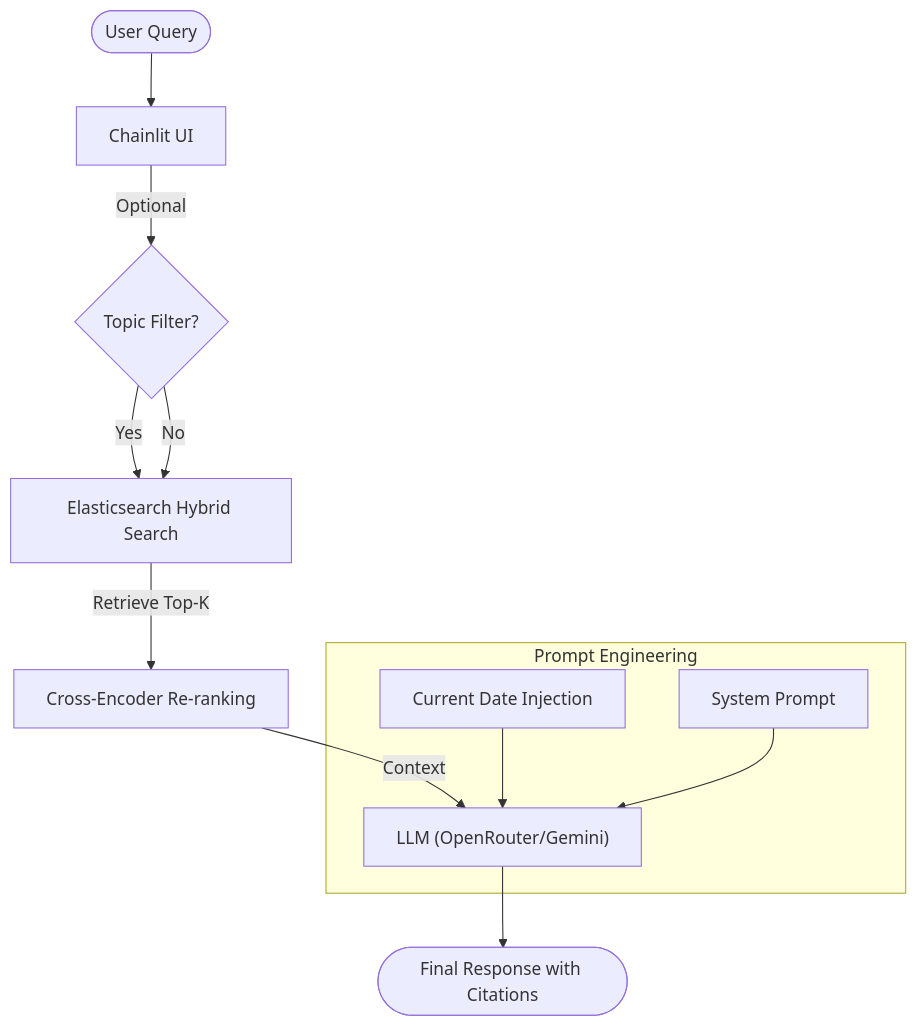
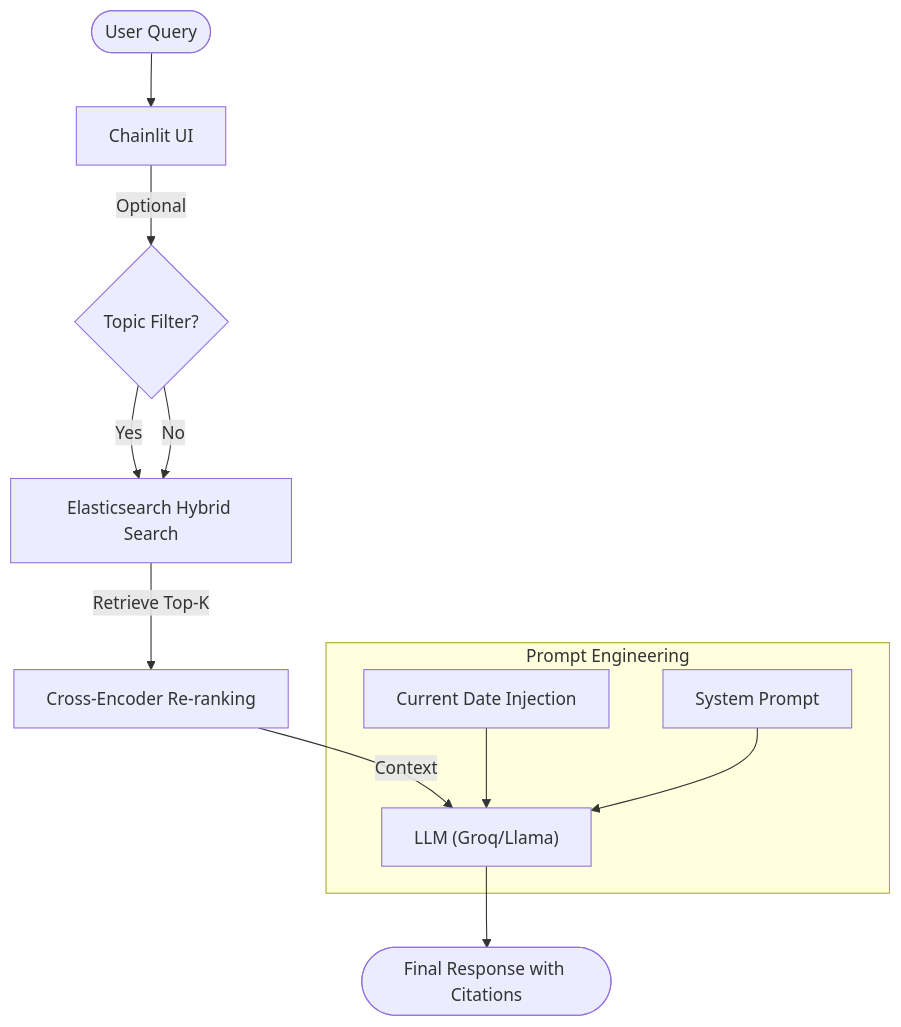
The second of 2 diagrams in README.md (blank4hd/Testudobot_UMD_Event_DialogSystem), drawn with Mermaid before and after one commit. The commit also changed other lines of this file and 29 other files, not shown here.

````diff
--- a/README.md
+++ b/README.md
@@ -63,17 +61,17 @@
 ```mermaid
 flowchart TD
     User(["User Query"]) --> UI["Chainlit UI"]
     UI -->|Optional| Filter{"Topic Filter?"}
     Filter -- Yes --> ES["Elasticsearch Filtered Search"]
     Filter -- No --> ES["Elasticsearch Hybrid Search"]
 
     ES -->|Retrieve Top-K| Rerank["Cross-Encoder Re-ranking"]
-    Rerank -->|Context| LLM["LLM (OpenRouter/Gemini)"]
+    Rerank -->|Context| LLM["LLM (Groq/Llama)"]
 
     subgraph "Prompt Engineering"
     Date["Current Date Injection"] --> LLM
     System["System Prompt"] --> LLM
     end
 
     LLM --> Response(["Final Response with Citations"])
 ```
````
